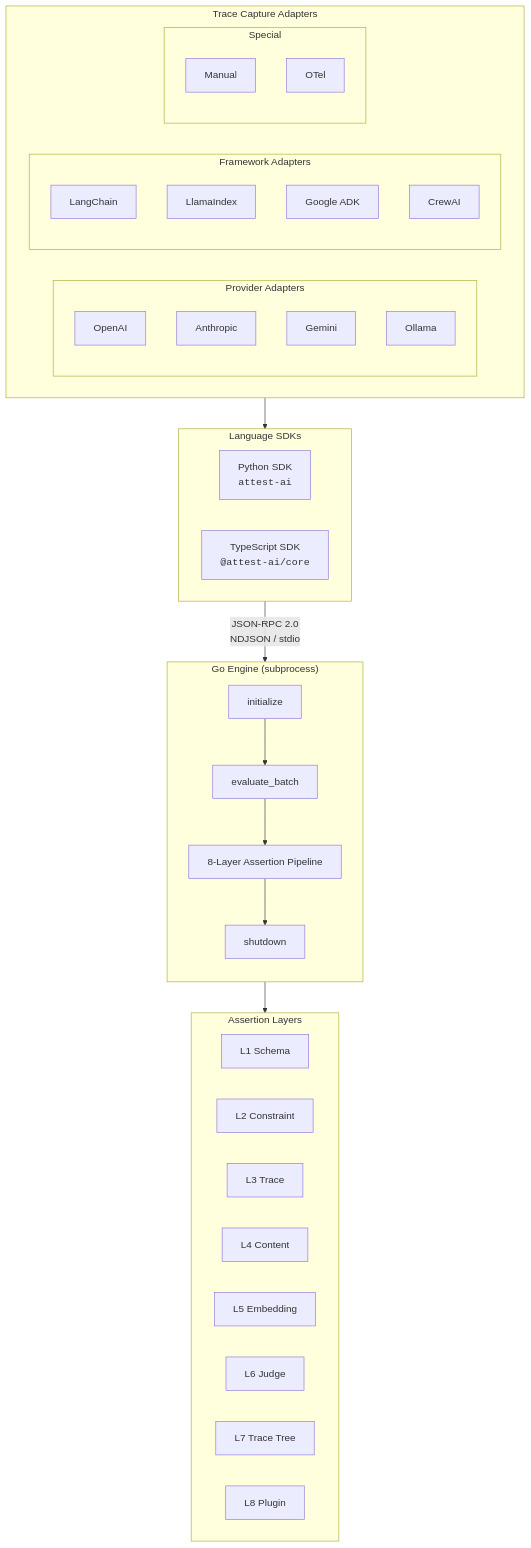
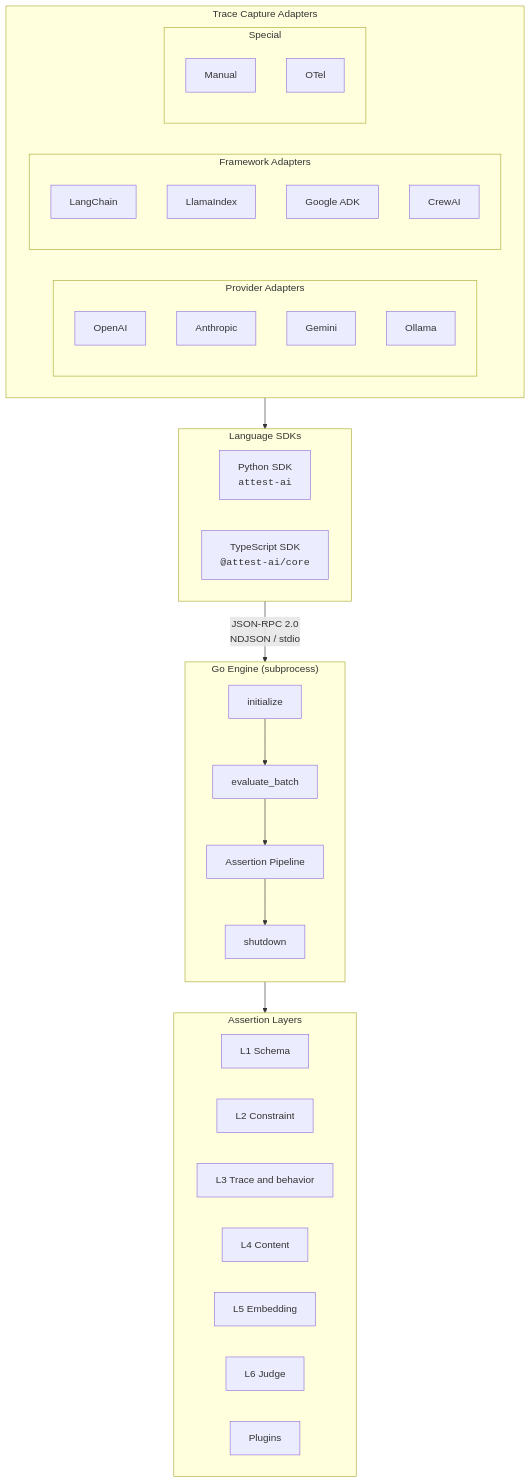
Before and after one commit to attest-framework/attest-website: the first of 3 diagrams in src/content/docs/architecture/overview.mdx, drawn with Mermaid. The commit also changed other lines of this file and 24 other files, not shown here.

````diff
--- a/src/content/docs/architecture/overview.mdx
+++ b/src/content/docs/architecture/overview.mdx
@@ -10,53 +10,52 @@
 ```mermaid
 flowchart TB
     subgraph SDKs["Language SDKs"]
         direction LR
         PY["Python SDK<br/><code>attest-ai</code>"]
         TS["TypeScript SDK<br/><code>@attest-ai/core</code>"]
     end
 
     subgraph Adapters["Trace Capture Adapters"]
         direction LR
         subgraph Providers["Provider Adapters"]
             OAI[OpenAI]
             ANT[Anthropic]
             GEM[Gemini]
             OLL[Ollama]
         end
         subgraph Frameworks["Framework Adapters"]
             LC[LangChain]
             LI[LlamaIndex]
             ADK[Google ADK]
             CR[CrewAI]
         end
         subgraph Special["Special"]
             MAN[Manual]
             OTEL[OTel]
         end
     end
 
     subgraph Engine["Go Engine (subprocess)"]
         direction TB
         INIT["initialize"]
         EVAL["evaluate_batch"]
-        PIPE["8-Layer Assertion Pipeline"]
+        PIPE["Assertion Pipeline"]
         SHUT["shutdown"]
         INIT --> EVAL --> PIPE --> SHUT
     end
 
     subgraph Pipeline["Assertion Layers"]
         direction LR
         L1["L1 Schema"]
         L2["L2 Constraint"]
-        L3["L3 Trace"]
+        L3["L3 Trace and behavior"]
         L4["L4 Content"]
         L5["L5 Embedding"]
         L6["L6 Judge"]
-        L7["L7 Trace Tree"]
-        L8["L8 Plugin"]
+        PLUG["Plugins"]
     end
 
     Adapters --> SDKs
     SDKs -->|"JSON-RPC 2.0<br/>NDJSON / stdio"| Engine
     Engine --> Pipeline
 ```
````
